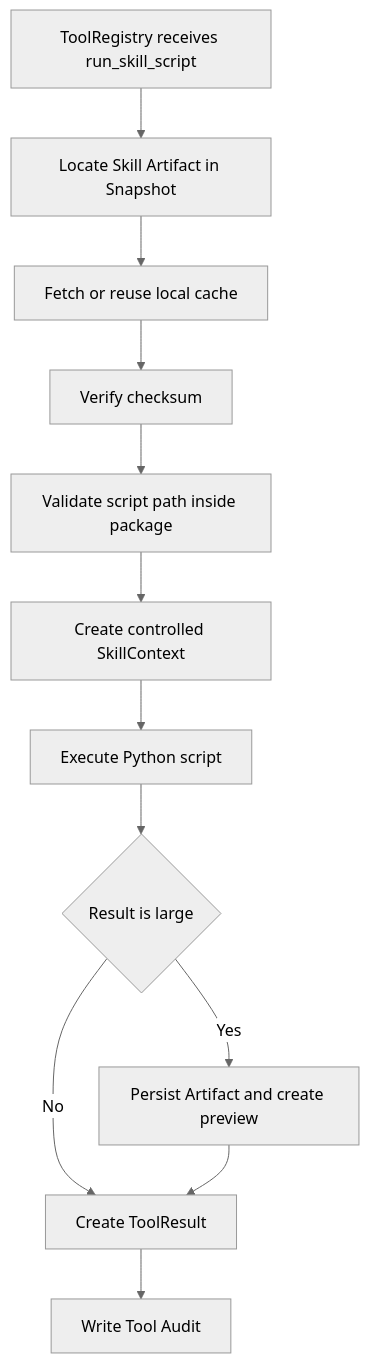
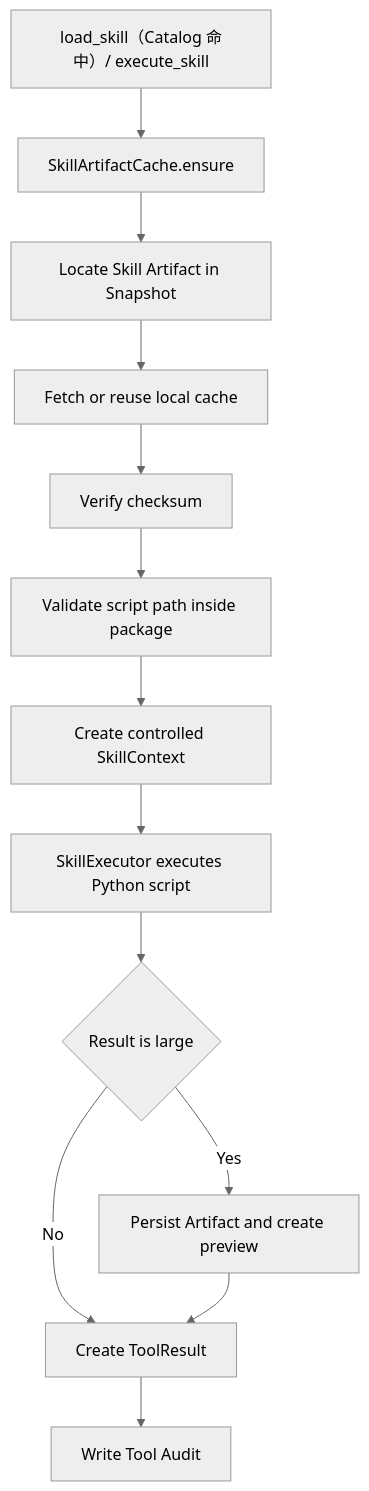
The third of 5 diagrams in docs/06-Skill-SDK与Egress-Boundary详细设计.md (Michaelxwb/fluxion-harness), drawn with Mermaid (neutral theme) before and after one commit. The commit also changed other lines of this file and 55 other files, not shown here.

````diff
--- a/docs/06-Skill-SDK与Egress-Boundary详细设计.md
+++ b/docs/06-Skill-SDK与Egress-Boundary详细设计.md
@@ -173,14 +172,15 @@
 ```mermaid
 flowchart TD
-    A[ToolRegistry receives run_skill_script] --> B[Locate Skill Artifact in Snapshot]
-    B --> C[Fetch or reuse local cache]
-    C --> D[Verify checksum]
-    D --> E[Validate script path inside package]
-    E --> F[Create controlled SkillContext]
-    F --> G[Execute Python script]
-    G --> H{Result is large}
-    H -->|Yes| I[Persist Artifact and create preview]
-    H -->|No| J[Create ToolResult]
-    I --> J
-    J --> K[Write Tool Audit]
+    A[load_skill（Catalog 命中）/ execute_skill] --> B[SkillArtifactCache.ensure]
+    B --> C[Locate Skill Artifact in Snapshot]
+    C --> D[Fetch or reuse local cache]
+    D --> E[Verify checksum]
+    E --> F[Validate script path inside package]
+    F --> G[Create controlled SkillContext]
+    G --> H[SkillExecutor executes Python script]
+    H --> I{Result is large}
+    I -->|Yes| J[Persist Artifact and create preview]
+    I -->|No| K[Create ToolResult]
+    J --> K
+    K --> L[Write Tool Audit]
 ```
````
